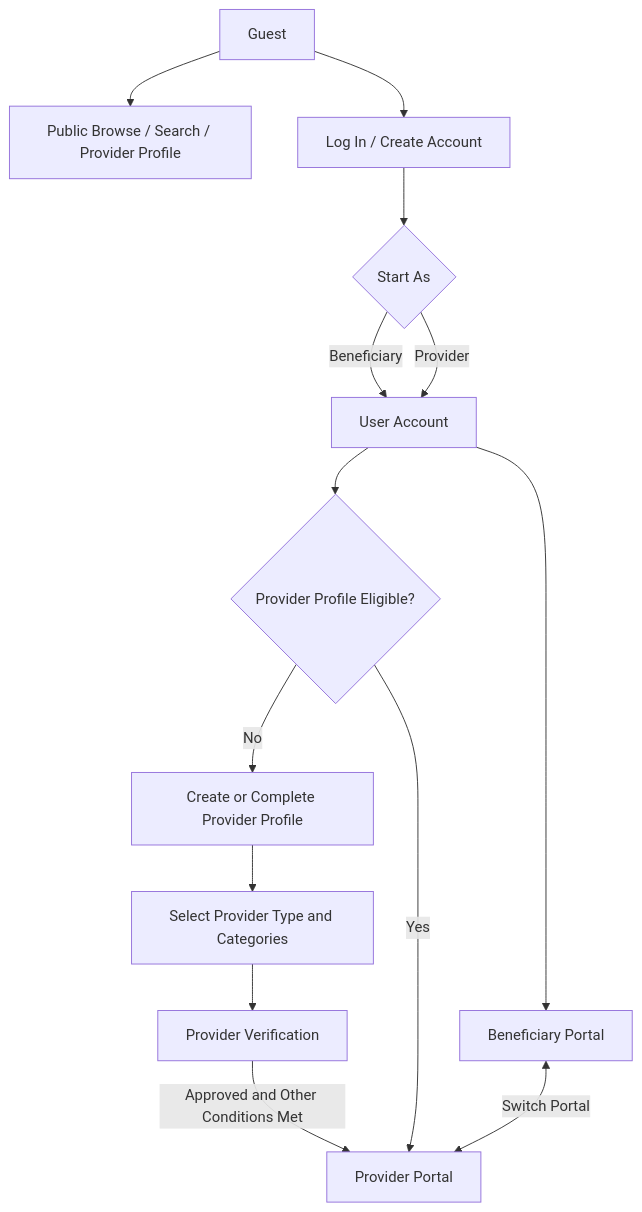
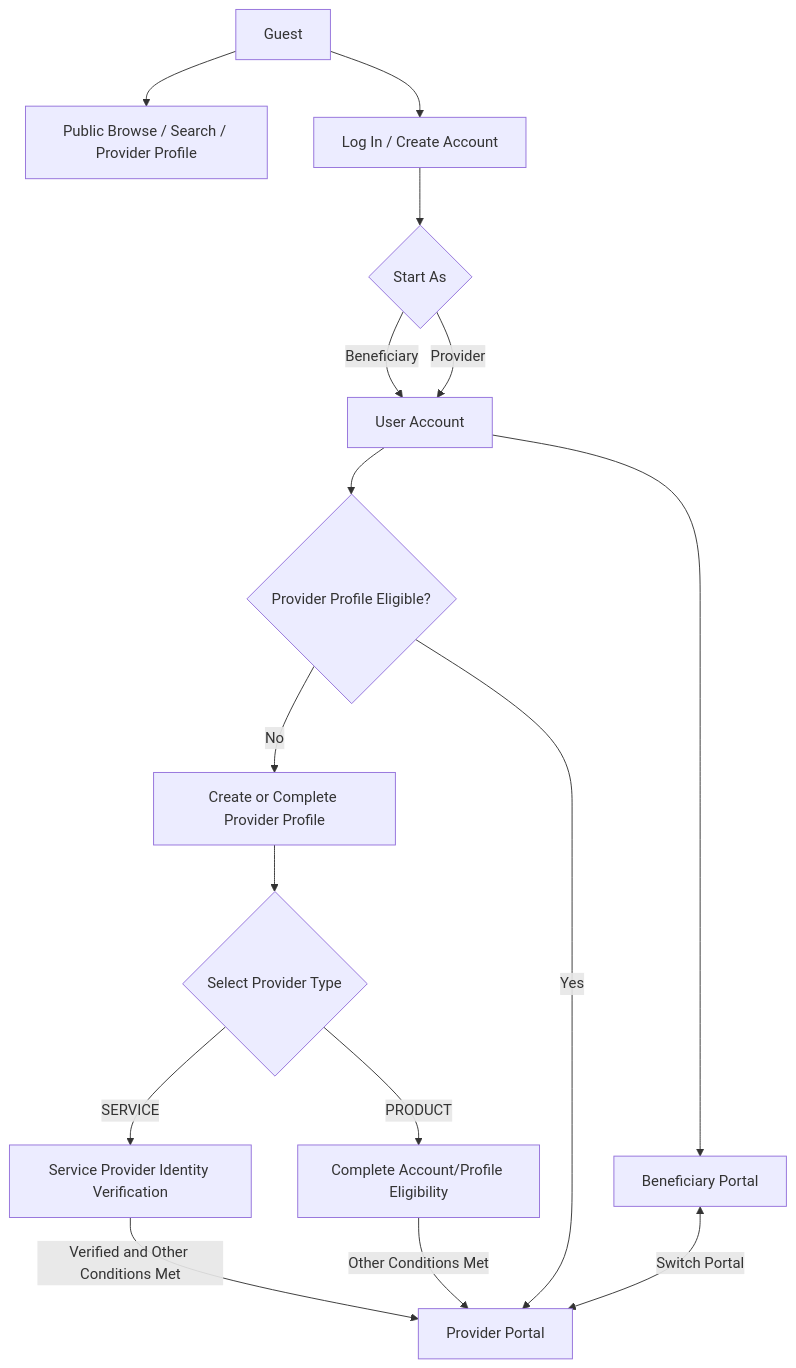
The diagram in docs/03-analysis/14-account-portal-model.md (Yadd-SanaaUniversityGraduationProject/yadd), drawn with Mermaid before and after one commit. The commit also changed other lines of this file, not shown here.

Commit message:
analysis: synchronize portal verification branch with DEC-085

````diff
--- a/docs/03-analysis/14-account-portal-model.md
+++ b/docs/03-analysis/14-account-portal-model.md
@@ -81,16 +81,18 @@
 ```mermaid
 flowchart TD
     G[Guest] --> PUB[Public Browse / Search / Provider Profile]
     G --> AUTH[Log In / Create Account]
     AUTH --> CHOOSE{Start As}
     CHOOSE -->|Beneficiary| U[User Account]
     CHOOSE -->|Provider| U
     U --> B[Beneficiary Portal]
     U --> HAS{Provider Profile Eligible?}
     HAS -->|No| CREATE[Create or Complete Provider Profile]
-    CREATE --> TYPE[Select Provider Type and Categories]
-    TYPE --> VERIFY[Provider Verification]
-    VERIFY -->|Approved and Other Conditions Met| P[Provider Portal]
+    CREATE --> TYPE{Select Provider Type}
+    TYPE -->|SERVICE| VERIFY[Service Provider Identity Verification]
+    VERIFY -->|Verified and Other Conditions Met| P[Provider Portal]
+    TYPE -->|PRODUCT| ELIG[Complete Account/Profile Eligibility]
+    ELIG -->|Other Conditions Met| P
     HAS -->|Yes| P
     B <-->|Switch Portal| P
 ```
````
